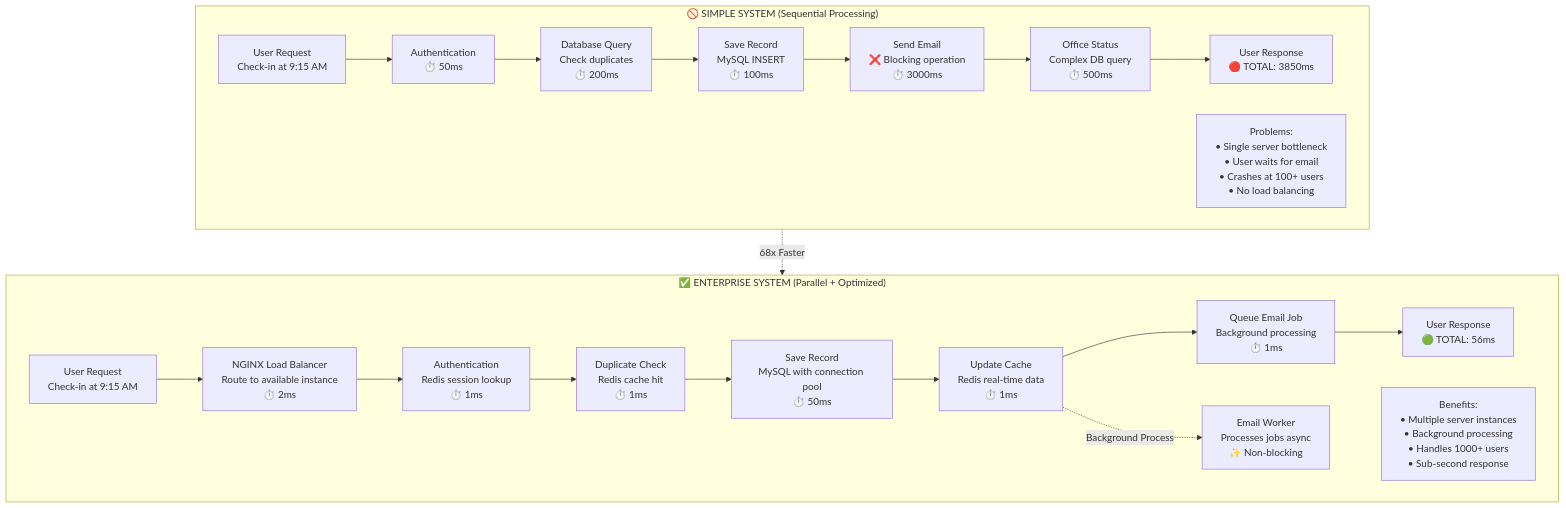
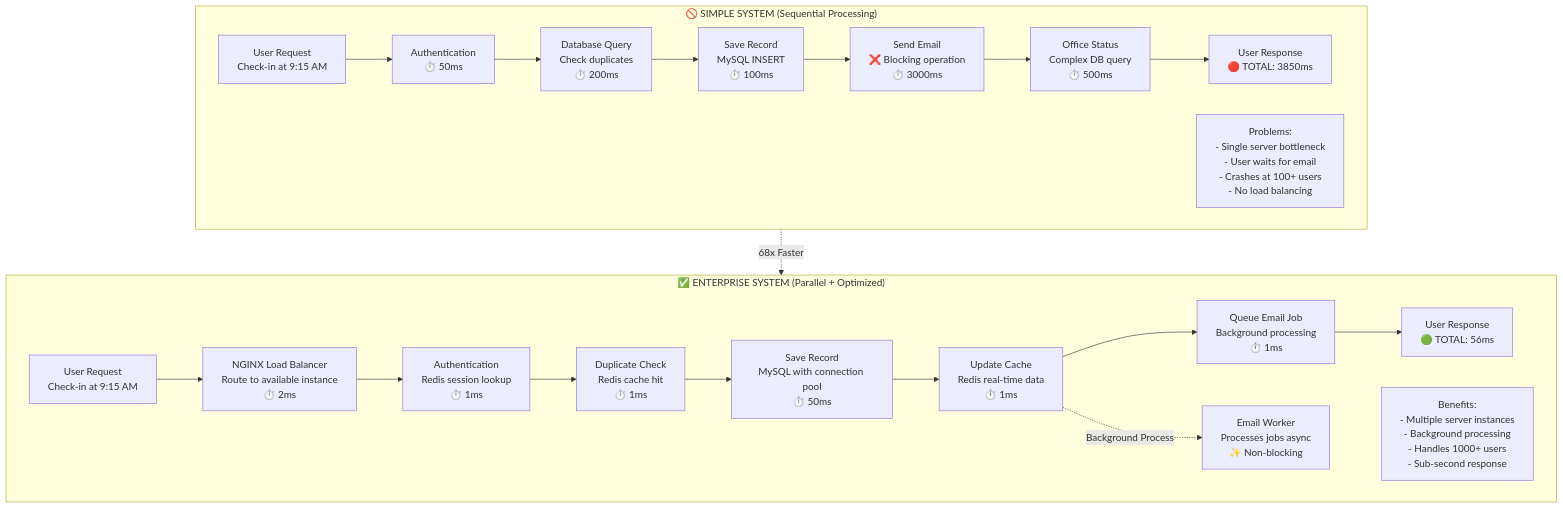
One commit to Frax404NF/attendance-system-api changed the fourth of 4 diagrams in README.md. Above: the diagram before and after it, drawn with Mermaid. The commit also changed other lines of this file, not shown here.

Commit message:
fix: fix Mermaid diagrams minor bugs

````diff
--- a/README.md
+++ b/README.md
@@ -721,29 +721,29 @@
 ```mermaid
 graph TB
     subgraph Simple["🚫 SIMPLE SYSTEM (Sequential Processing)"]
         S1[User Request<br/>Check-in at 9:15 AM] --> S2[Authentication<br/>⏱️ 50ms]
         S2 --> S3[Database Query<br/>Check duplicates<br/>⏱️ 200ms]
         S3 --> S4[Save Record<br/>MySQL INSERT<br/>⏱️ 100ms]
         S4 --> S5[Send Email<br/>❌ Blocking operation<br/>⏱️ 3000ms]
         S5 --> S6[Office Status<br/>Complex DB query<br/>⏱️ 500ms]
         S6 --> S7[User Response<br/>🔴 TOTAL: 3850ms]
         
-        S8[Problems:<br/>• Single server bottleneck<br/>• User waits for email<br/>• Crashes at 100+ users<br/>• No load balancing]
+        S8[Problems:<br/>- Single server bottleneck<br/>- User waits for email<br/>- Crashes at 100+ users<br/>- No load balancing]
     end
 
     subgraph Enterprise["✅ ENTERPRISE SYSTEM (Parallel + Optimized)"]
         E1[User Request<br/>Check-in at 9:15 AM] --> E2[NGINX Load Balancer<br/>Route to available instance<br/>⏱️ 2ms]
         E2 --> E3[Authentication<br/>Redis session lookup<br/>⏱️ 1ms]
         E3 --> E4[Duplicate Check<br/>Redis cache hit<br/>⏱️ 1ms]
         E4 --> E5[Save Record<br/>MySQL with connection pool<br/>⏱️ 50ms]
         E5 --> E6[Update Cache<br/>Redis real-time data<br/>⏱️ 1ms]
         E6 --> E7[Queue Email Job<br/>Background processing<br/>⏱️ 1ms]
         E7 --> E8[User Response<br/>🟢 TOTAL: 56ms]
         
         E6 -.Background Process.-> BG[Email Worker<br/>Processes jobs async<br/>✨ Non-blocking]
         
-        E9[Benefits:<br/>• Multiple server instances<br/>• Background processing<br/>• Handles 1000+ users<br/>• Sub-second response]
+        E9[Benefits:<br/>- Multiple server instances<br/>- Background processing<br/>- Handles 1000+ users<br/>- Sub-second response]
     end
 
     Simple -.68x Faster.-> Enterprise
 ```
````
